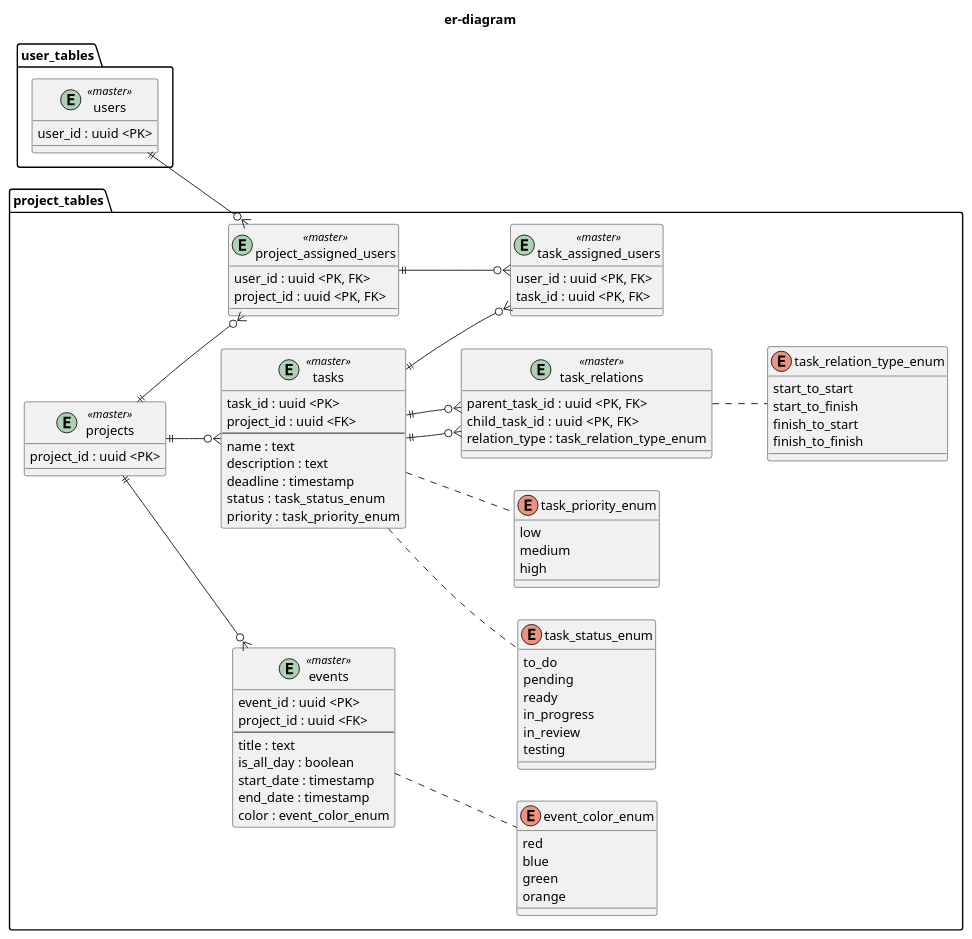
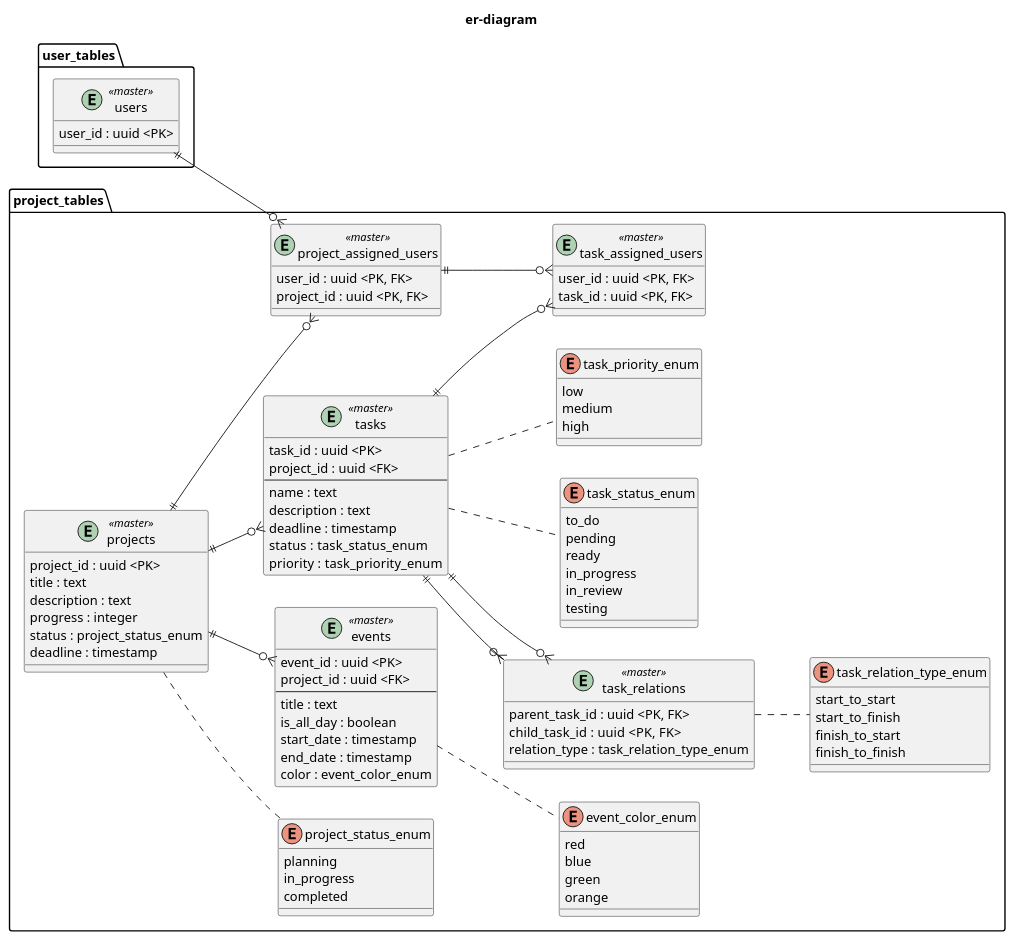
One commit to KaungSetLinn/FlowMatic changed the diagram in doc/backend/er-diagram/er-diagram.pu. Above: the diagram before and after it, drawn with PlantUML.

Commit message:
add: プロジェクトエンティティに新しい属性とステータス列挙型を追加

```diff
--- a/doc/backend/er-diagram/er-diagram.pu
+++ b/doc/backend/er-diagram/er-diagram.pu
@@ -1,91 +1,102 @@
 @startuml er-diagram
 
 left to right direction
 
 title er-diagram
 
 package user_tables {
     entity users <<master>>{
         user_id : uuid <PK>
     }
 }
 
 package project_tables {
     entity projects <<master>>{
         project_id : uuid <PK>
+        title : text
+        description : text
+        progress : integer
+        status : project_status_enum
+        deadline : timestamp
+    }
+    enum project_status_enum {
+        planning
+        in_progress
+        completed
     }
     entity project_assigned_users <<master>>{
         user_id : uuid <PK, FK>
         project_id : uuid <PK, FK>
     }
     entity tasks <<master>>{
         task_id : uuid <PK>
         project_id : uuid <FK>
         ---
         name : text
         description : text
         deadline : timestamp
         status :  task_status_enum
         priority :  task_priority_enum
     }
     enum  task_status_enum {
         to_do
         pending
         ready
         in_progress
         in_review
         testing
     }
     enum  task_priority_enum {
         low
         medium
         high
     }
     entity task_assigned_users <<master>>{
         user_id : uuid <PK, FK>
         task_id : uuid <PK, FK>
     }
     entity task_relations <<master>>{
         parent_task_id : uuid <PK, FK>
         child_task_id  : uuid <PK, FK>
         relation_type : task_relation_type_enum
     }
     enum task_relation_type_enum {
         start_to_start
         start_to_finish
         finish_to_start
         finish_to_finish
     }
     entity events <<master>>{
         event_id : uuid <PK>
         project_id : uuid <FK>
         ---
         title : text
         is_all_day : boolean
         start_date : timestamp
         end_date : timestamp
         color : event_color_enum
     }
     enum event_color_enum {
         red
         blue
         green
         orange
     }
 
     projects ||--o{ project_assigned_users
     project_assigned_users ||--o{ task_assigned_users
     projects ||--o{ tasks
     tasks ||--o{ task_relations
     tasks ||--o{ task_relations
     task_relations .. task_relation_type_enum
     tasks ..  task_priority_enum
     tasks ..  task_status_enum
     tasks ||--o{ task_assigned_users
+    projects .. project_status_enum
     projects ||--o{ events
     events .. event_color_enum
 }
 
 users ||--o{ project_assigned_users
 
 @enduml
```
